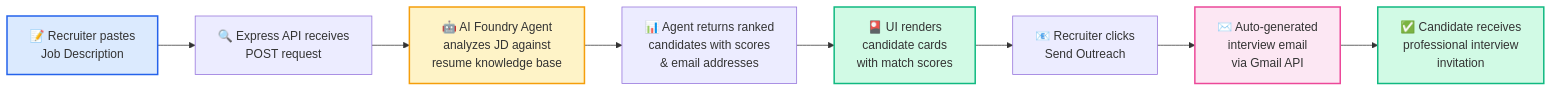
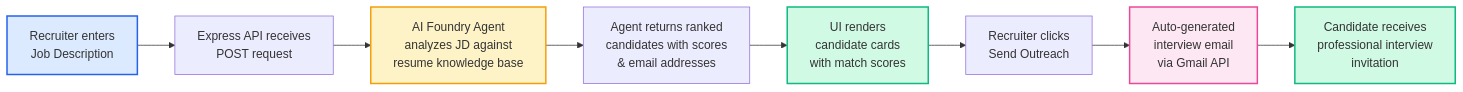
The second of 2 diagrams in README.md (Parth-git7/Recruiter_AI_agent), drawn with Mermaid before and after one commit. The commit also changed other lines of this file, not shown here.

````diff
--- a/README.md
+++ b/README.md
@@ -84,16 +84,16 @@
 ```mermaid
 flowchart LR
-    A["📝 Recruiter pastes<br/>Job Description"] --> B["🔍 Express API receives<br/>POST request"]
-    B --> C["🤖 AI Foundry Agent<br/>analyzes JD against<br/>resume knowledge base"]
-    C --> D["📊 Agent returns ranked<br/>candidates with scores<br/>& email addresses"]
-    D --> E["🎴 UI renders<br/>candidate cards<br/>with match scores"]
-    E --> F["📧 Recruiter clicks<br/>Send Outreach"]
-    F --> G["✉️ Auto-generated<br/>interview email<br/>via Gmail API"]
-    G --> H["✅ Candidate receives<br/>professional interview<br/>invitation"]
+    A["Recruiter enters<br/>Job Description"] --> B["Express API receives<br/>POST request"]
+    B --> C["AI Foundry Agent<br/>analyzes JD against<br/>resume knowledge base"]
+    C --> D["Agent returns ranked<br/>candidates with scores<br/>& email addresses"]
+    D --> E["UI renders<br/>candidate cards<br/>with match scores"]
+    E --> F["Recruiter clicks<br/>Send Outreach"]
+    F --> G["Auto-generated<br/>interview email<br/>via Gmail API"]
+    G --> H["Candidate receives<br/>professional interview<br/>invitation"]
 
     style A fill:#DBEAFE,stroke:#2563EB,stroke-width:2px
     style C fill:#FEF3C7,stroke:#F59E0B,stroke-width:2px
     style E fill:#D1FAE5,stroke:#10B981,stroke-width:2px
     style G fill:#FCE7F3,stroke:#EC4899,stroke-width:2px
     style H fill:#D1FAE5,stroke:#10B981,stroke-width:2px
 ```
````
